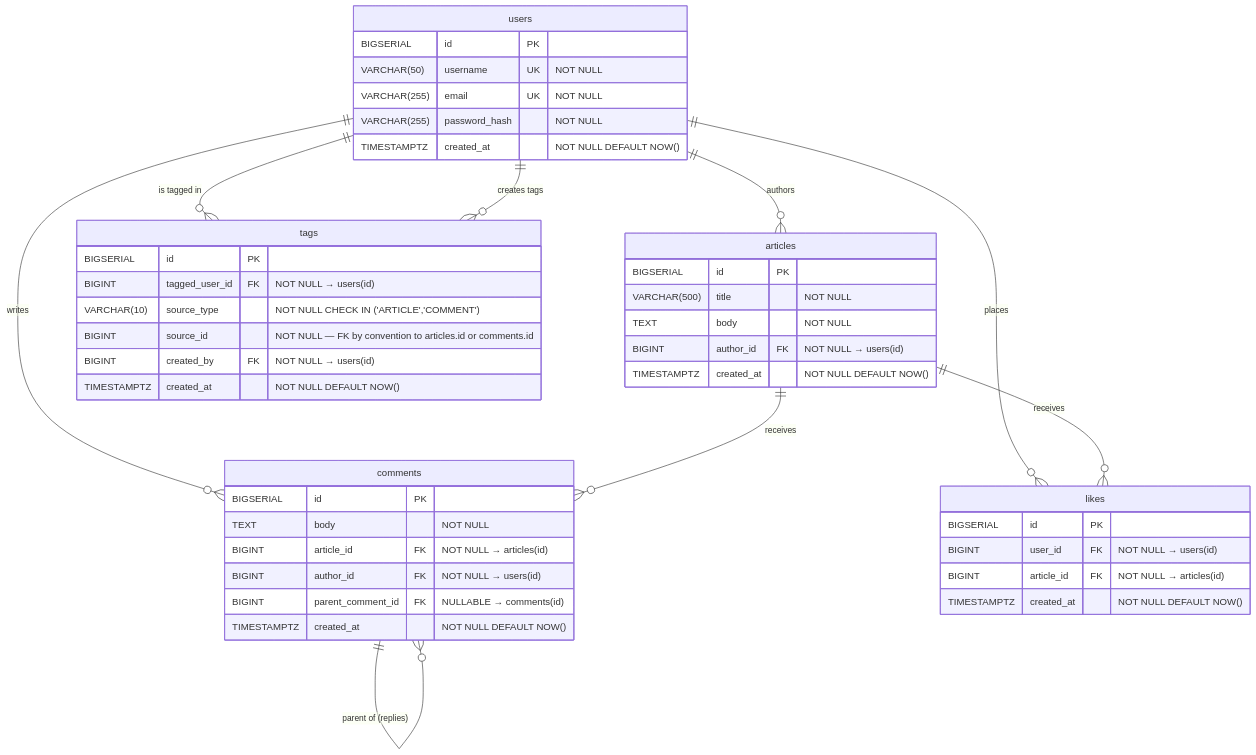
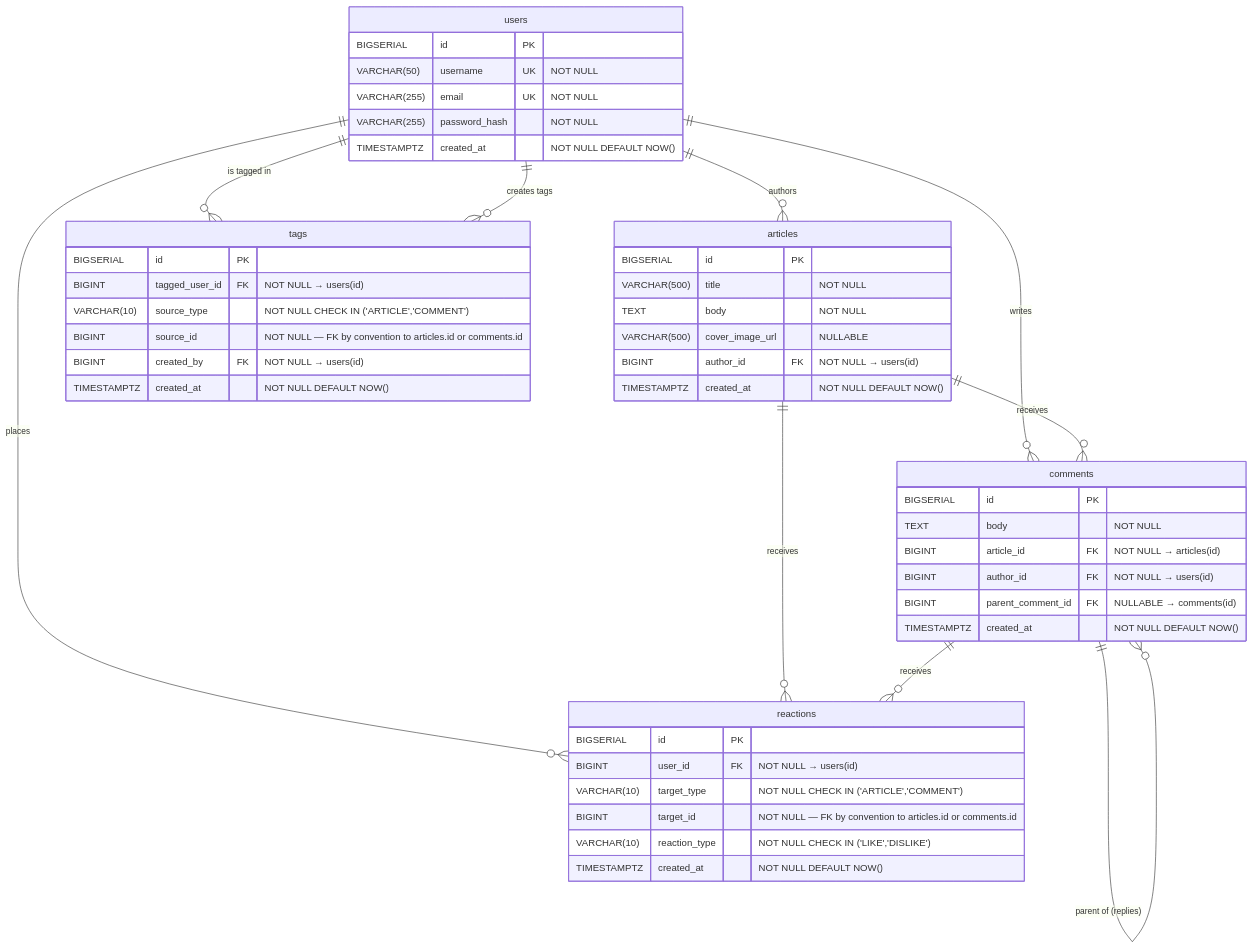
The diagram in docs/ERD.md (Anuj1608/article-platform), drawn with Mermaid before and after one commit. The commit also changed other lines of this file and 2 other files, not shown here.

Commit message:
add ERD digram file

````diff
--- a/docs/ERD.md
+++ b/docs/ERD.md
@@ -5,52 +5,56 @@
 ```mermaid
 erDiagram
     users {
         BIGSERIAL id PK
         VARCHAR(50) username UK "NOT NULL"
         VARCHAR(255) email UK "NOT NULL"
         VARCHAR(255) password_hash "NOT NULL"
         TIMESTAMPTZ created_at "NOT NULL DEFAULT NOW()"
     }
 
     articles {
         BIGSERIAL id PK
         VARCHAR(500) title "NOT NULL"
         TEXT body "NOT NULL"
+        VARCHAR(500) cover_image_url "NULLABLE"
         BIGINT author_id FK "NOT NULL → users(id)"
         TIMESTAMPTZ created_at "NOT NULL DEFAULT NOW()"
     }
 
     comments {
         BIGSERIAL id PK
         TEXT body "NOT NULL"
         BIGINT article_id FK "NOT NULL → articles(id)"
         BIGINT author_id FK "NOT NULL → users(id)"
         BIGINT parent_comment_id FK "NULLABLE → comments(id)"
         TIMESTAMPTZ created_at "NOT NULL DEFAULT NOW()"
     }
 
-    likes {
+    reactions {
         BIGSERIAL id PK
         BIGINT user_id FK "NOT NULL → users(id)"
-        BIGINT article_id FK "NOT NULL → articles(id)"
+        VARCHAR(10) target_type "NOT NULL CHECK IN ('ARTICLE','COMMENT')"
+        BIGINT target_id "NOT NULL — FK by convention to articles.id or comments.id"
+        VARCHAR(10) reaction_type "NOT NULL CHECK IN ('LIKE','DISLIKE')"
         TIMESTAMPTZ created_at "NOT NULL DEFAULT NOW()"
     }
 
     tags {
         BIGSERIAL id PK
         BIGINT tagged_user_id FK "NOT NULL → users(id)"
         VARCHAR(10) source_type "NOT NULL CHECK IN ('ARTICLE','COMMENT')"
         BIGINT source_id "NOT NULL — FK by convention to articles.id or comments.id"
         BIGINT created_by FK "NOT NULL → users(id)"
         TIMESTAMPTZ created_at "NOT NULL DEFAULT NOW()"
     }
 
     users ||--o{ articles : "authors"
     users ||--o{ comments : "writes"
-    users ||--o{ likes : "places"
+    users ||--o{ reactions : "places"
     users ||--o{ tags : "is tagged in"
     users ||--o{ tags : "creates tags"
     articles ||--o{ comments : "receives"
-    articles ||--o{ likes : "receives"
+    articles ||--o{ reactions : "receives"
+    comments ||--o{ reactions : "receives"
     comments ||--o{ comments : "parent of (replies)"
 ```
````
